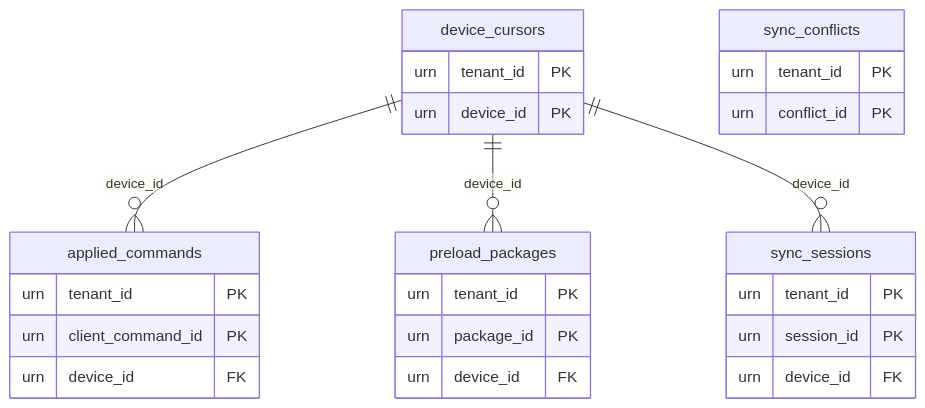
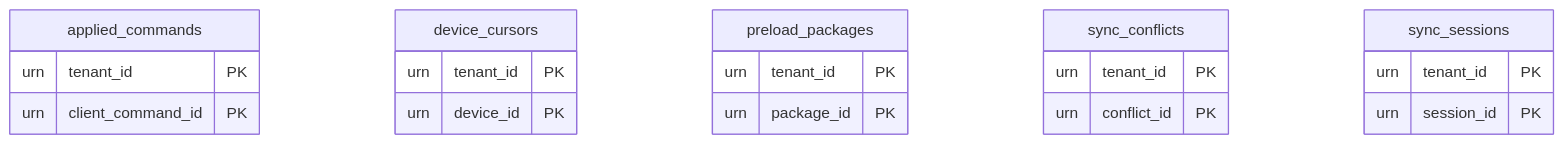
The second of 11 diagrams in spec/18-analysis-design/16-database-schema.md (Ayoubkhattab/Planing), drawn with Mermaid before and after one commit. The commit also changed other lines of this file and 16 other files, not shown here.

````diff
--- a/spec/18-analysis-design/16-database-schema.md
+++ b/spec/18-analysis-design/16-database-schema.md
@@ -313,29 +334,23 @@
 ```mermaid
 erDiagram
   applied_commands {
     urn tenant_id PK
     urn client_command_id PK
-    urn device_id FK
   }
   device_cursors {
     urn tenant_id PK
     urn device_id PK
   }
   preload_packages {
     urn tenant_id PK
     urn package_id PK
-    urn device_id FK
   }
   sync_conflicts {
     urn tenant_id PK
     urn conflict_id PK
   }
   sync_sessions {
     urn tenant_id PK
     urn session_id PK
-    urn device_id FK
   }
-  device_cursors ||--o{ applied_commands : "device_id"
-  device_cursors ||--o{ preload_packages : "device_id"
-  device_cursors ||--o{ sync_sessions : "device_id"
 ```
````
